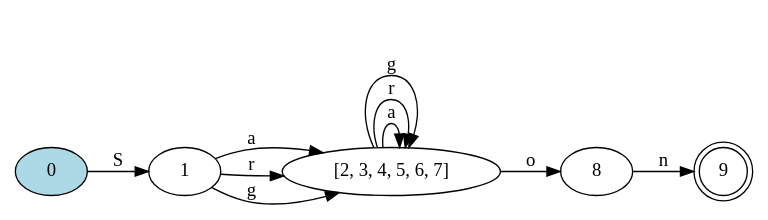
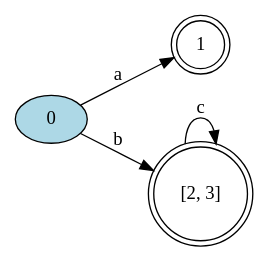
Before and after one commit to Daniel-Sima/Clone-of-the-egrep-UNIX-command: the diagram in Min-DFA.dot, drawn with Graphviz. The commit also changed 14 other files, not shown here.

```diff
--- a/Min-DFA.dot
+++ b/Min-DFA.dot
@@ -1,16 +1,11 @@
 digraph {
 	rankdir=LR;
 
-	9 [shape=doublecircle]
+	"1" [shape=doublecircle]
+	"[2, 3]" [shape=doublecircle]
 	0 [style=filled, fillcolor="lightblue"]
 
-	0->1 [label= "S"];
-	8->9 [label= "n"];
-	1->"[2, 3, 4, 5, 6, 7]" [label= "a"];
-	1->"[2, 3, 4, 5, 6, 7]" [label= "r"];
-	1->"[2, 3, 4, 5, 6, 7]" [label= "g"];
-	"[2, 3, 4, 5, 6, 7]"->"[2, 3, 4, 5, 6, 7]" [label= "a"];
-	"[2, 3, 4, 5, 6, 7]"->"[2, 3, 4, 5, 6, 7]" [label= "r"];
-	"[2, 3, 4, 5, 6, 7]"->"[2, 3, 4, 5, 6, 7]" [label= "g"];
-	"[2, 3, 4, 5, 6, 7]"->8 [label= "o"];
+	0->1 [label= "a"];
+	0->"[2, 3]" [label= "b"];
+	"[2, 3]"->"[2, 3]" [label= "c"];
 }
```
